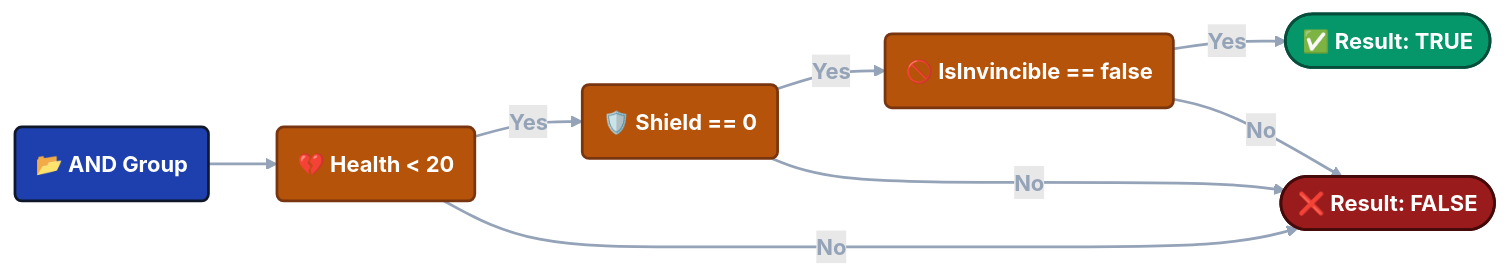
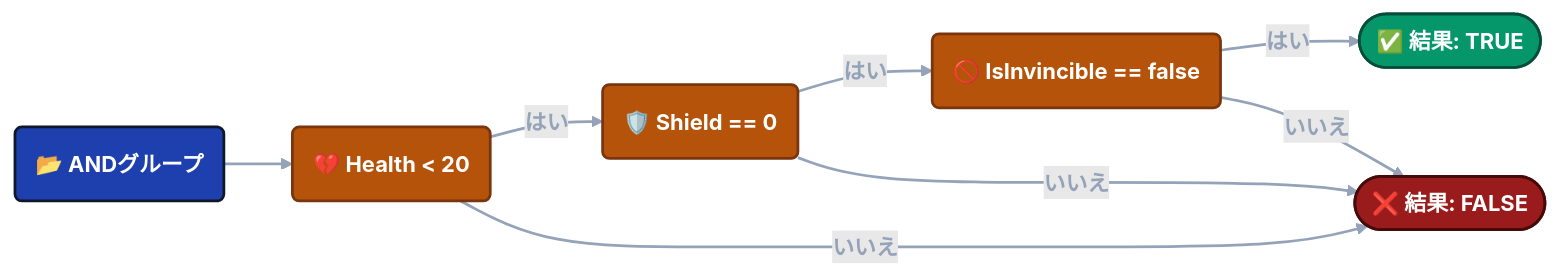
The fourth of 5 diagrams in i18n/ja/docusaurus-plugin-content-docs/current/game-event-system/visual-workflow/visual-condition-tree.md (tinygiants-tech/TinyGiants), drawn with Mermaid (forest theme) before and after one commit. The commit also changed other lines of this file and 81 other files, not shown here.

````diff
--- a/i18n/ja/docusaurus-plugin-content-docs/current/game-event-system/visual-workflow/visual-condition-tree.md
+++ b/i18n/ja/docusaurus-plugin-content-docs/current/game-event-system/visual-workflow/visual-condition-tree.md
@@ -799,29 +770,29 @@
 ```mermaid
 graph LR
 
-    A(📂 AND Group):::root
+    A(📂 ANDグループ):::root
     
     C1(💔 Health < 20):::cond
     C2(🛡️ Shield == 0):::cond
     C3(🚫 IsInvincible == false):::cond
     
-    R([✅ Result: TRUE]):::success
-    F([❌ Result: FALSE]):::fail
+    R([✅ 結果: TRUE]):::success
+    F([❌ 結果: FALSE]):::fail
 
     A --> C1
     
-    C1 -- Yes --> C2
-    C2 -- Yes --> C3
-    C3 -- Yes --> R
+    C1 -- はい --> C2
+    C2 -- はい --> C3
+    C3 -- はい --> R
 
-    C1 -- No --> F
-    C2 -- No --> F
-    C3 -- No --> F
+    C1 -- いいえ --> F
+    C2 -- いいえ --> F
+    C3 -- いいえ --> F
 
     classDef root fill:#1e40af,stroke:#0f172a,stroke-width:2px,color:#ffffff,font-weight:bold
     classDef cond fill:#b45309,stroke:#78350f,stroke-width:2px,color:#ffffff,font-weight:bold
     classDef success fill:#059669,stroke:#064e3b,stroke-width:2px,color:#ffffff,font-weight:bold
     classDef fail fill:#991b1b,stroke:#450a0a,stroke-width:2px,color:#ffffff,font-weight:bold
 
     linkStyle default stroke:#94a3b8,stroke-width:2px,color:#94a3b8
 ```
````
